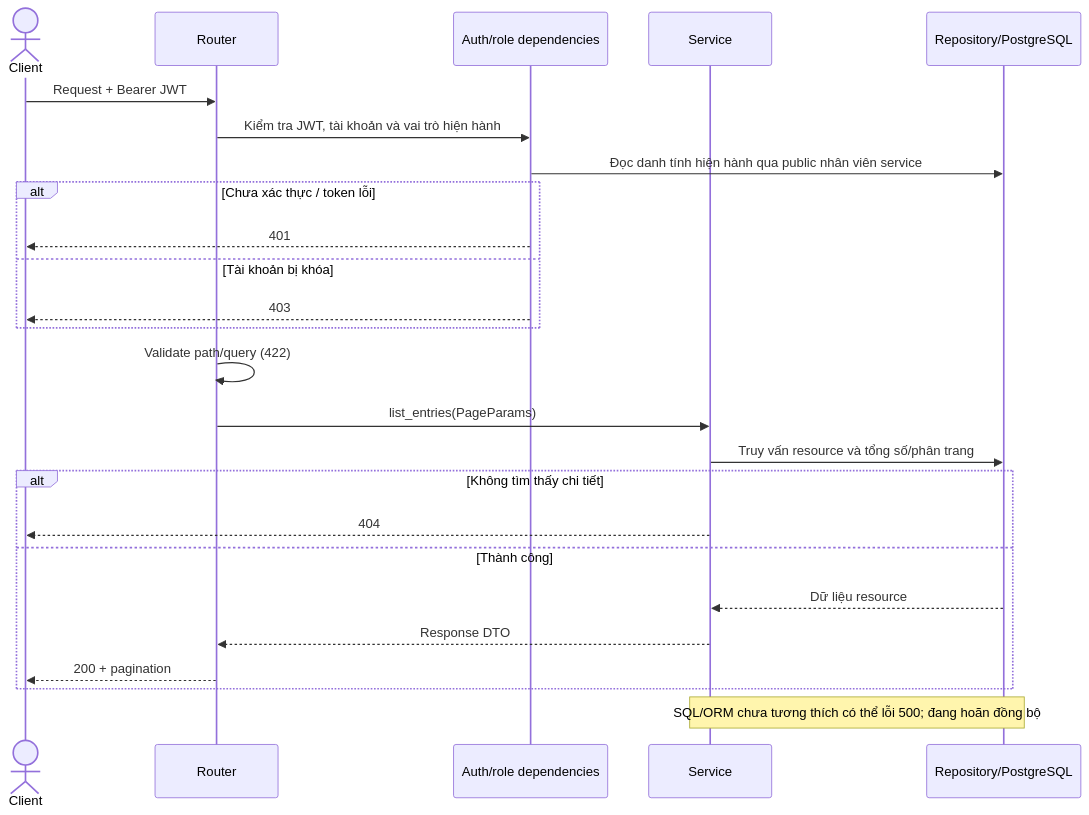
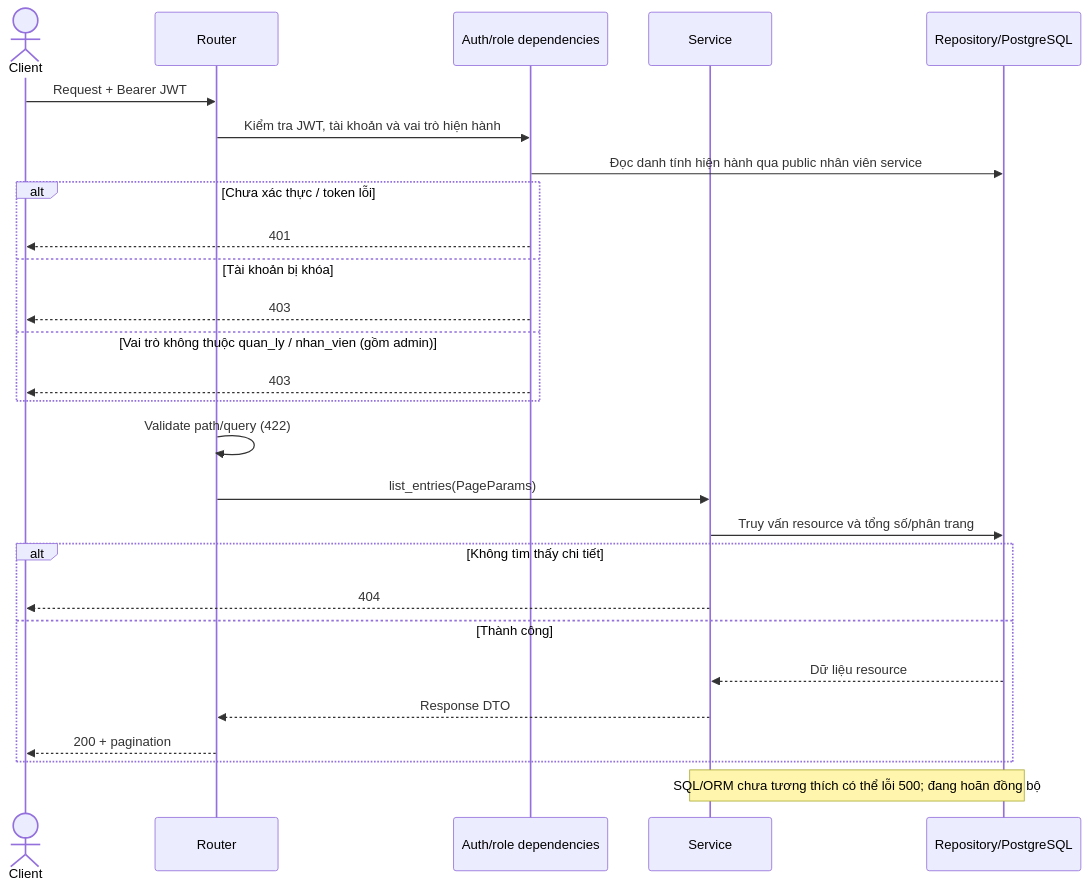
Before and after one commit to thanhklt/xbike-mrp-system: the first of 3 diagrams in docs/sequence/material_issuing.md, drawn with Mermaid. The commit also changed other lines of this file and 22 other files, not shown here.

Commit message:
feat: quan quyen lai cho admin

````diff
--- a/docs/sequence/material_issuing.md
+++ b/docs/sequence/material_issuing.md
@@ -9,27 +9,29 @@
 ```mermaid
 sequenceDiagram
 actor C as Client
     participant R as Router
     participant A as Auth/role dependencies
     participant S as Service
     participant D as Repository/PostgreSQL
     C->>R: Request + Bearer JWT
     R->>A: Kiểm tra JWT, tài khoản và vai trò hiện hành
     A->>D: Đọc danh tính hiện hành qua public nhân viên service
     alt Chưa xác thực / token lỗi
         A-->>C: 401
     else Tài khoản bị khóa
         A-->>C: 403
+    else Vai trò không thuộc quan_ly / nhan_vien (gồm admin)
+        A-->>C: 403
     end
     R->>R: Validate path/query (422)
     R->>S: list_entries(PageParams)
     S->>D: Truy vấn resource và tổng số/phân trang
     alt Không tìm thấy chi tiết
         S-->>C: 404
     else Thành công
         D-->>S: Dữ liệu resource
         S-->>R: Response DTO
         R-->>C: 200 + pagination
     end
     Note over S,D: SQL/ORM chưa tương thích có thể lỗi 500#59; đang hoãn đồng bộ
 ```
````
